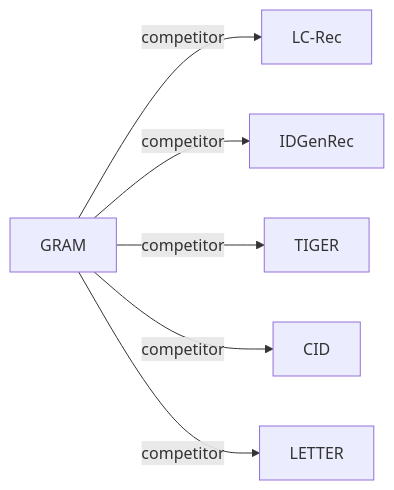
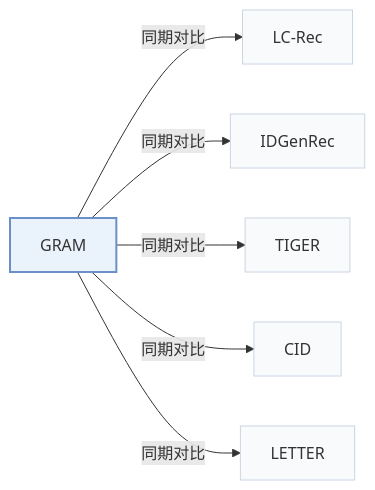
The third of 3 diagrams in pages/zh/papers/gram.md (Galaxy-ghost/Awesome-SID-Generative-Rec), drawn with Mermaid before and after one commit. The commit also changed other lines of this file and 649 other files, not shown here.

Commit message:
writer-05: also tags and modality index (schema, check, build, visuals); summary field removed; calibration data for 12 papers

````diff
--- a/pages/zh/papers/gram.md
+++ b/pages/zh/papers/gram.md
@@ -123,9 +135,13 @@
 ```mermaid
 flowchart LR
     P["GRAM"]
-    P -->|competitor| A["LC-Rec"]
-    P -->|competitor| B["IDGenRec"]
-    P -->|competitor| C["TIGER"]
-    P -->|competitor| D["CID"]
-    P -->|competitor| E["LETTER"]
+    P -->|"同期对比"| A["LC-Rec"]
+    P -->|"同期对比"| B["IDGenRec"]
+    P -->|"同期对比"| C["TIGER"]
+    P -->|"同期对比"| D["CID"]
+    P -->|"同期对比"| E["LETTER"]
+    classDef main fill:#eaf2fb,stroke:#6b8fc7,stroke-width:2px
+    classDef peer fill:#f8fafc,stroke:#cbd5e1
+    class P main
+    class A,B,C,D,E peer
 ```
````
